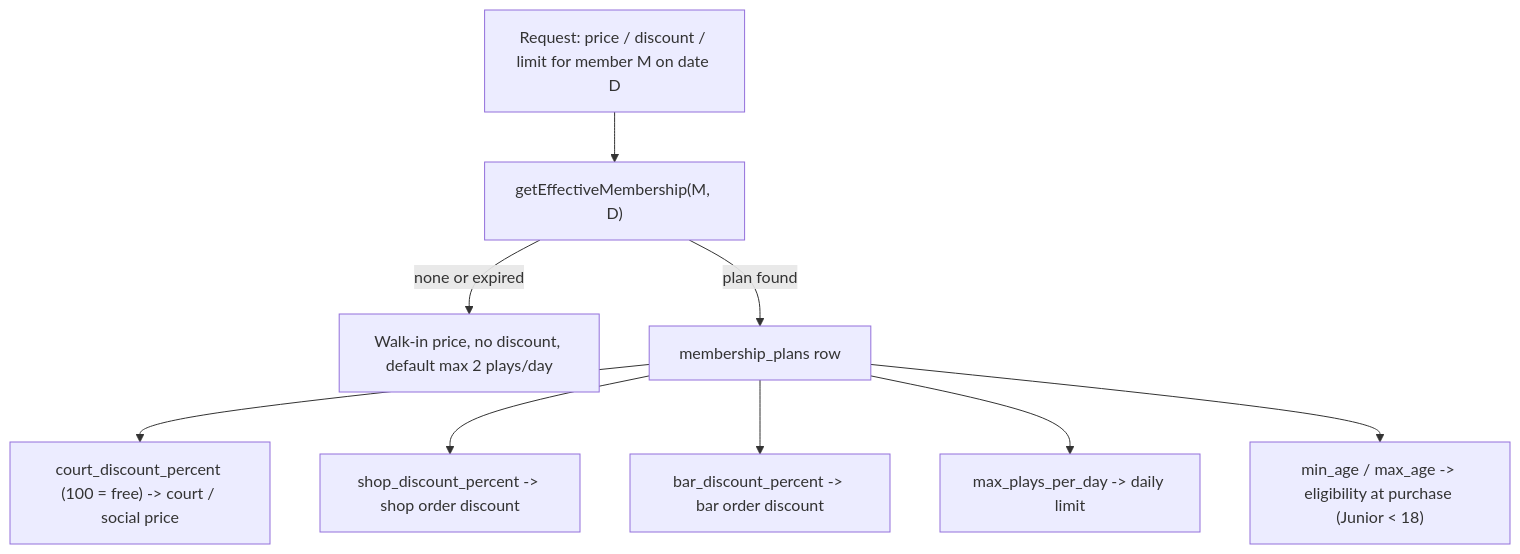
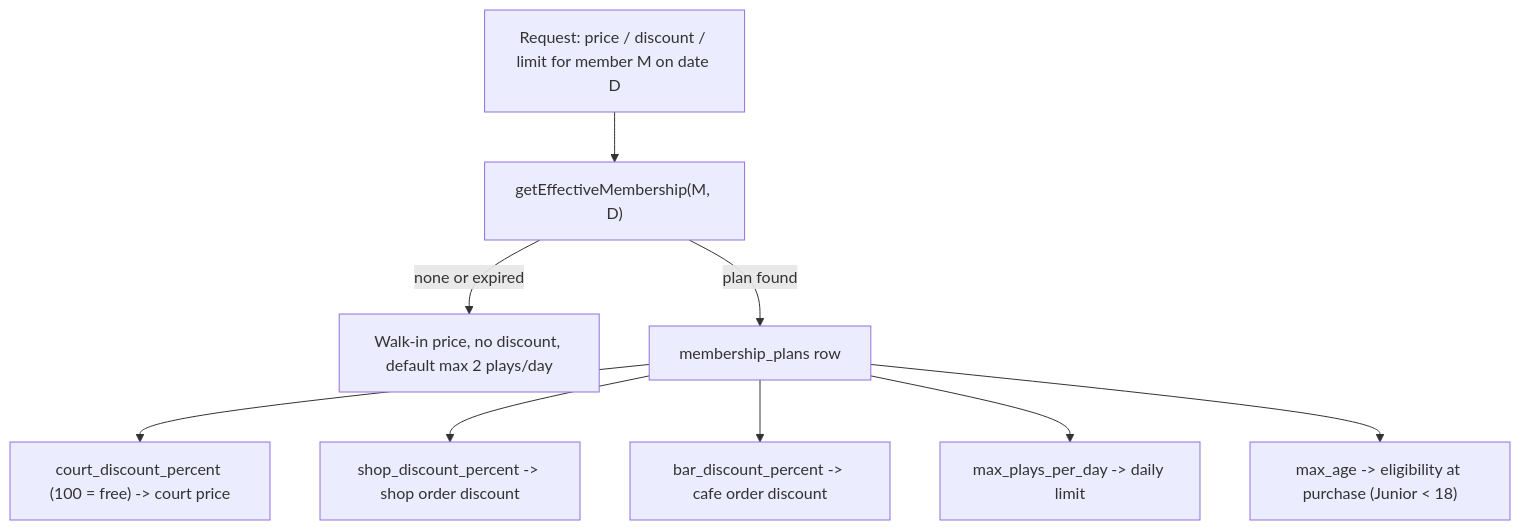
The fourth of 18 diagrams in docs/workflows/USER_FLOWS.md (OjasPurohit/Meridian-Bay), drawn with Mermaid before and after one commit. The commit also changed other lines of this file and 276 other files, not shown here.

````diff
--- a/docs/workflows/USER_FLOWS.md
+++ b/docs/workflows/USER_FLOWS.md
@@ -95,11 +90,11 @@
 ```mermaid
 flowchart TB
   A["Request: price / discount / limit for member M on date D"] --> Q["getEffectiveMembership(M, D)"]
   Q -->|none or expired| W["Walk-in price, no discount, default max 2 plays/day"]
   Q -->|plan found| P["membership_plans row"]
-  P --> C1["court_discount_percent (100 = free) -> court / social price"]
+  P --> C1["court_discount_percent (100 = free) -> court price"]
   P --> C2["shop_discount_percent -> shop order discount"]
-  P --> C3["bar_discount_percent -> bar order discount"]
+  P --> C3["bar_discount_percent -> cafe order discount"]
   P --> C4["max_plays_per_day -> daily limit"]
-  P --> C5["min_age / max_age -> eligibility at purchase (Junior < 18)"]
+  P --> C5["max_age -> eligibility at purchase (Junior < 18)"]
 ```
````
